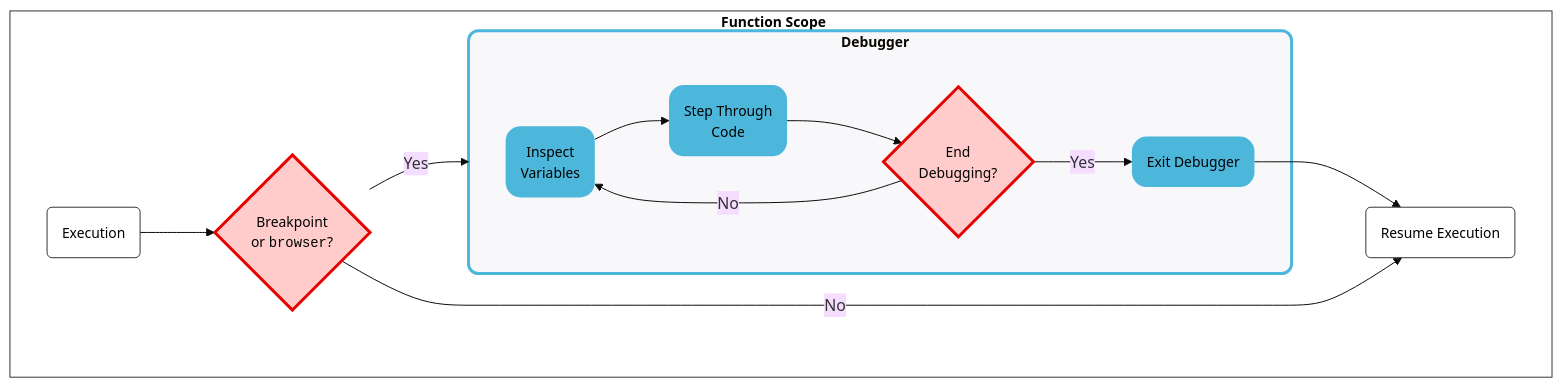
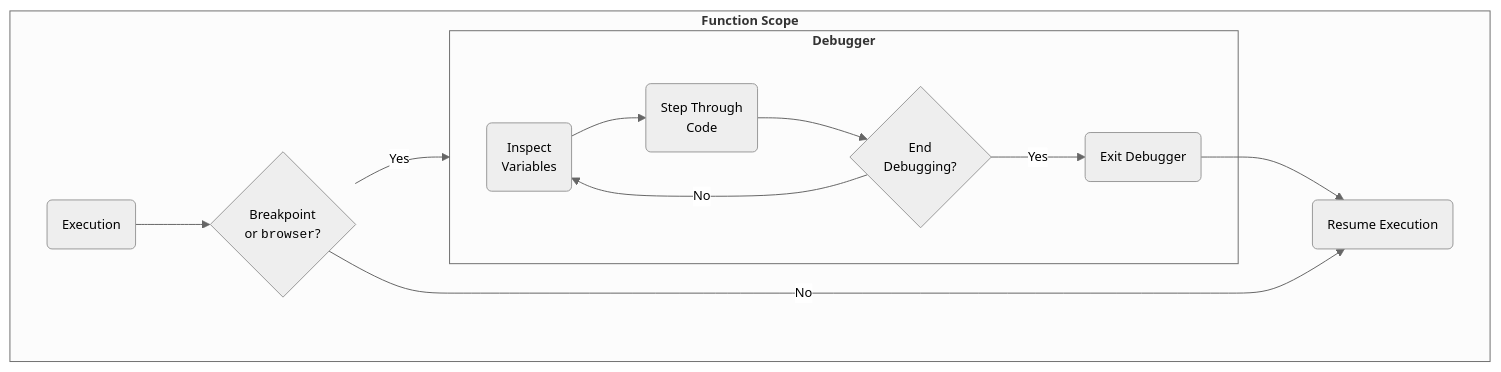
One commit to mjfrigaard/shiny-app-pkgs changed the first of 3 diagrams in debugger.qmd. Above: the diagram before and after it, drawn with Mermaid. The commit also changed other lines of this file and 31 other files, not shown here.

````diff
--- a/debugger.qmd
+++ b/debugger.qmd
@@ -73,31 +73,37 @@
 ```{mermaid}
+%%| fig-cap: 'Interactive debugger with `browser()` or breakpoint'
 %%| fig-align: center
-%%| fig-cap: 'Interactive debugger with `browser()` or breakpoint'
-%%{init: {'theme': 'base', 'themeVariables': { 'fontFamily': 'monospace'}}}%%
+%%{init: {'theme': 'neutral', 'themeVariables': { 'fontFamily': 'monospace', "fontSize":"13px"}}}%%
 flowchart TD
     subgraph FunctionScope [<strong>Function Scope</strong>]
-    style FunctionScope fill:#FFF,color:#000,stroke:#333,font-size:14px
-        Start(Execution)
-        style Start fill:#FFF,stroke:#333,stroke-width:1px,color:#000,font-size:14px
-        Browser{Breakpoint<br>or <code>browser</code>?}
-        style Browser fill:#ffcccb,stroke:#e60000,stroke-width:3px,color:#000,font-size:14px
-        subgraph Debugger [<strong>Debugger</strong>]
-        style Debugger fill:#F8F8FA,stroke:#4CB7DB,stroke-width:3px,rx:10,ry:10,font-size:14px
-            Step1(Inspect<br>Variables)
-            style Step1 fill:#4CB7DB,color:#000,stroke:none,rx:15,ry:15,font-size:14px
-            Step1 --> Step2(Step Through<br>Code)
-            style Step2 fill:#4CB7DB,color:#000,stroke:none,rx:15,ry:15,font-size:14px
-           Step2 --> Debug{End<br>Debugging?}
-            style Debug fill:#ffcccb,stroke:#e60000,stroke-width:3px,color:#000,font-size:14px
-            Debug -->|No| Step1
-            Debug -->|Yes| Exit(Exit Debugger)
-            style Exit fill:#4CB7DB,color:#000,stroke:none,rx:15,ry:15,font-size:14px
+        Start("Execution")
+        Browser{"Breakpoint<br>or <code>browser</code>?"}
+    
+        subgraph Debugger ["<strong>Debugger</strong>"]
+    
+            Step1("Inspect<br>Variables")
+            Step1 --> Step2("Step Through<br>Code")
+            Step2 --> Debug{"End<br>Debugging?"}
+
+            Debug -->|"No"| Step1
+            Debug -->|"Yes"| Exit(Exit Debugger)
+    
         end
-        Resume(Resume Execution)
-        style Resume fill:#FFF,stroke:#333,stroke-width:1px,color:#000,font-size:14px
+        Resume("Resume Execution")
+    
     end
     Start --> Browser
     Browser -->|Yes| Debugger
     Exit --> Resume
     Browser -->|No| Resume
+    
+    %% style FunctionScope fill:#FFF,color:#000,stroke:#333,font-size:14px
+    %% style Start fill:#FFF,stroke:#333,stroke-width:1px,color:#000,font-size:14px
+    %% style Browser fill:#ffcccb,stroke:#e60000,stroke-width:3px,color:#000,font-size:14px
+    %% style Debugger fill:#F8F8FA,stroke:#4CB7DB,stroke-width:3px,rx:10,ry:10,font-size:14px
+    %% style Step1 fill:#4CB7DB,color:#000,stroke:none,rx:15,ry:15,font-size:14px
+    %% style Step2 fill:#4CB7DB,color:#000,stroke:none,rx:15,ry:15,font-size:14px
+    %% style Debug fill:#ffcccb,stroke:#e60000,stroke-width:3px,color:#000,font-size:14px
+    %% style Exit fill:#4CB7DB,color:#000,stroke:none,rx:15,ry:15,font-size:14px
+    %% style Resume fill:#FFF,stroke:#333,stroke-width:1px,color:#000,font-size:14px
 ```
````
